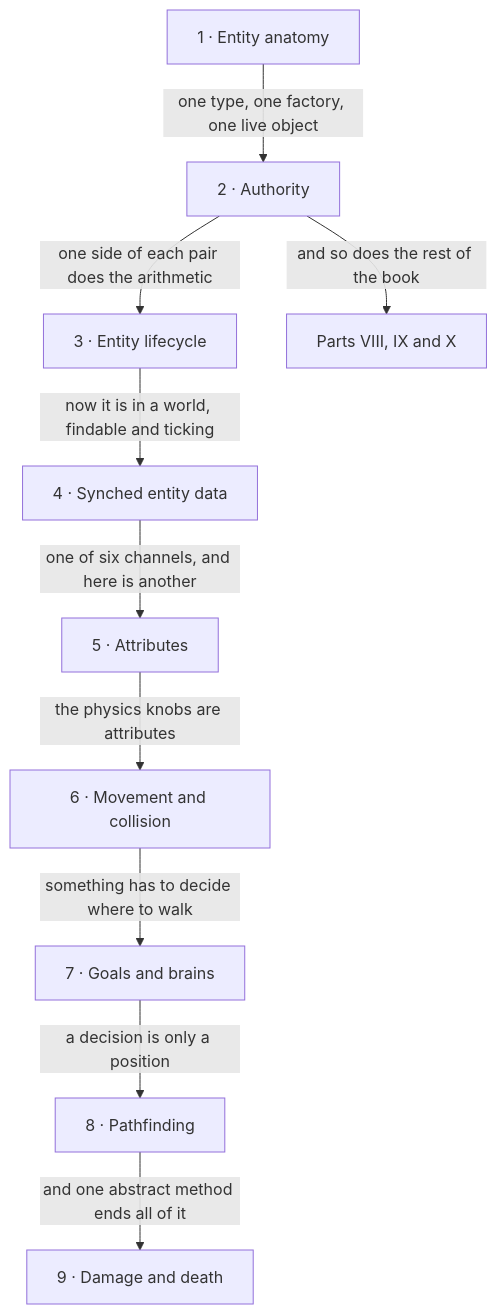
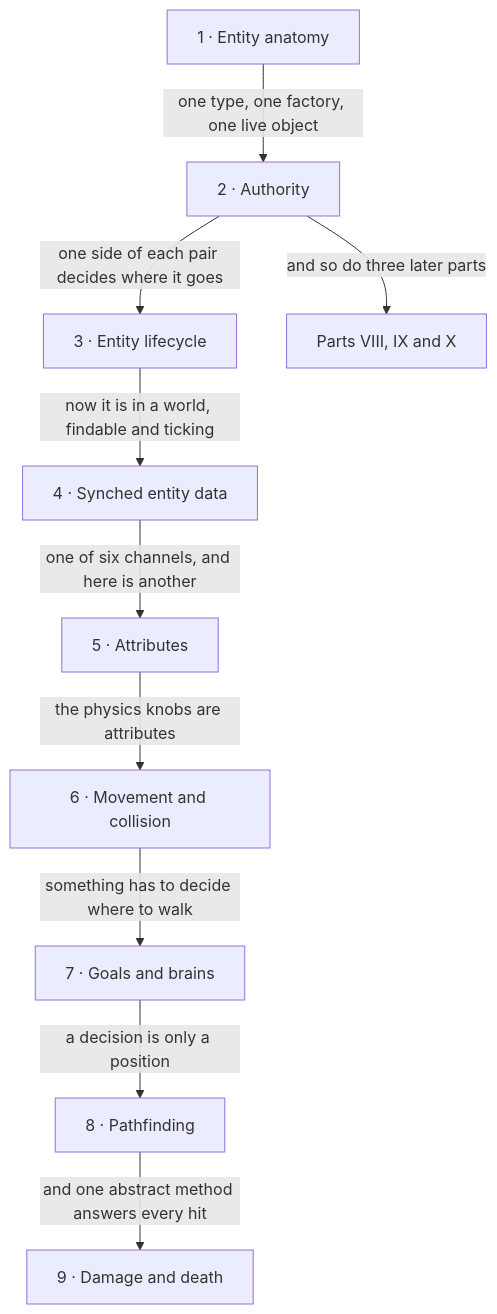
One commit to AlexanderjFraser/MinecraftDocs changed the diagram in src/systems/entities/README.md. Above: the diagram before and after it, drawn with Mermaid. The commit also changed other lines of this file and 21 other files, not shown here.

````diff
--- a/src/systems/entities/README.md
+++ b/src/systems/entities/README.md
@@ -28,22 +28,22 @@
 ```mermaid
 flowchart TD
     A["1 · Entity anatomy"]
     B["2 · Authority"]
     C["3 · Entity lifecycle"]
     D["4 · Synched entity data"]
     E["5 · Attributes"]
     F["6 · Movement and collision"]
     G["7 · Goals and brains"]
     H["8 · Pathfinding"]
     I["9 · Damage and death"]
     OUT["Parts VIII, IX and X"]
     A -- "one type, one factory, one live object" --> B
-    B -- "one side of each pair does the arithmetic" --> C
+    B -- "one side of each pair decides where it goes" --> C
     C -- "now it is in a world, findable and ticking" --> D
     D -- "one of six channels, and here is another" --> E
     E -- "the physics knobs are attributes" --> F
     F -- "something has to decide where to walk" --> G
     G -- "a decision is only a position" --> H
-    H -- "and one abstract method ends all of it" --> I
-    B -- "and so does the rest of the book" --> OUT
+    H -- "and one abstract method answers every hit" --> I
+    B -- "and so do three later parts" --> OUT
 ```
````
